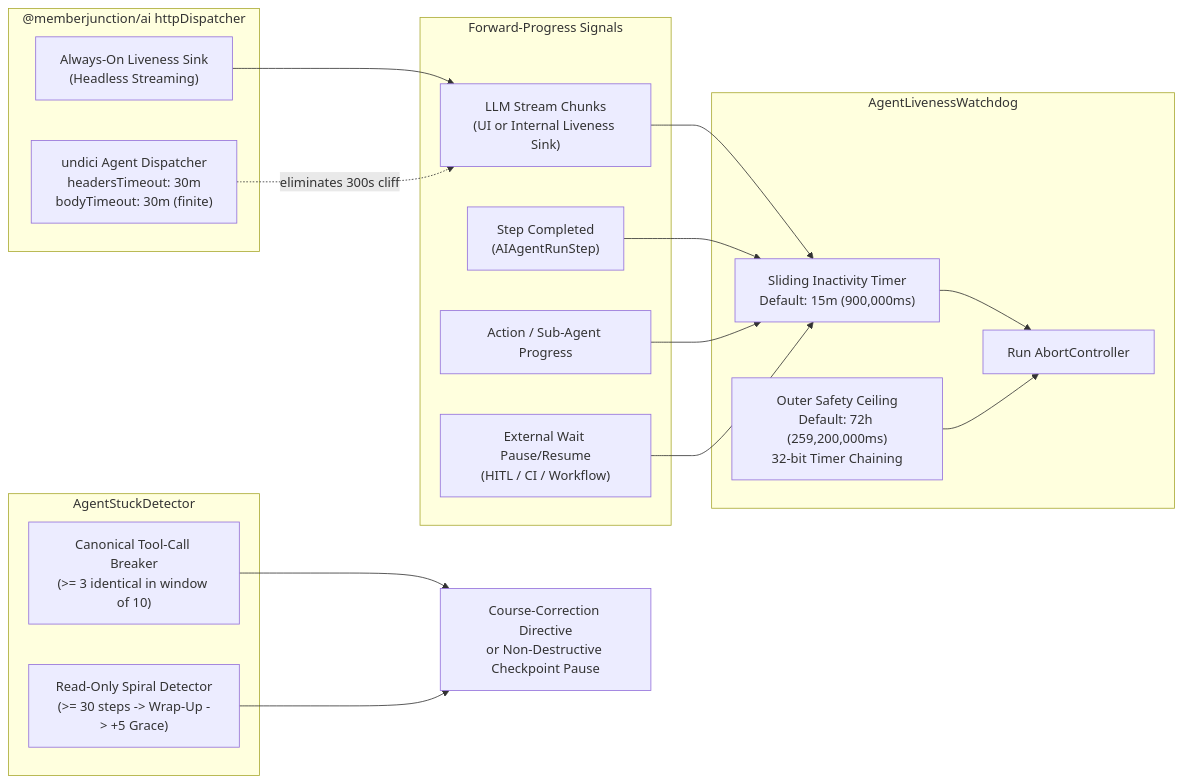
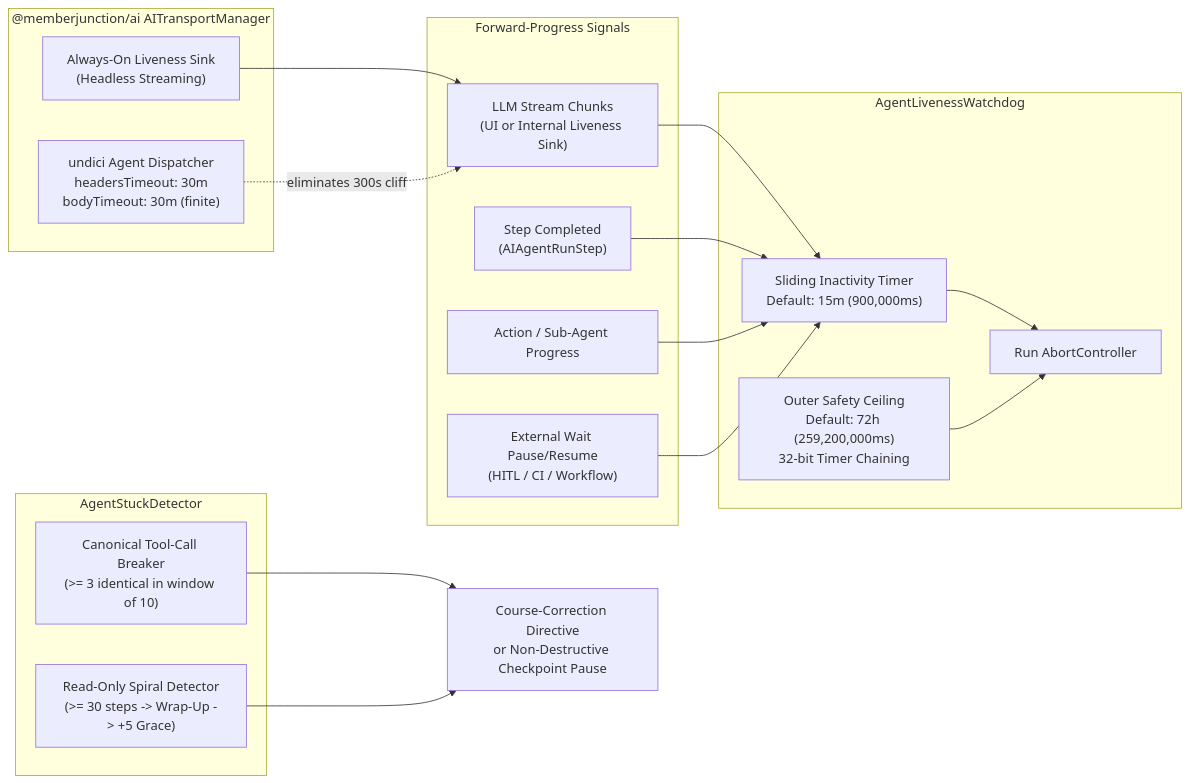
The third of 3 diagrams in guides/AGENT_ADMINISTRATOR_GUIDE.md (MemberJunction/MJ), drawn with Mermaid before and after one commit. The commit also changed other lines of this file and 47 other files, not shown here.

Commit message:
refactor(ai): introduce OO AITransportManager singleton, enrich BaseModel/BaseLLM, and deduplicate LLM providers

````diff
--- a/guides/AGENT_ADMINISTRATOR_GUIDE.md
+++ b/guides/AGENT_ADMINISTRATOR_GUIDE.md
@@ -294,31 +294,31 @@
 ```mermaid
 flowchart LR
     subgraph Signals["Forward-Progress Signals"]
         S1["LLM Stream Chunks\n(UI or Internal Liveness Sink)"]
         S2["Step Completed\n(AIAgentRunStep)"]
         S3["Action / Sub-Agent Progress"]
         S4["External Wait Pause/Resume\n(HITL / CI / Workflow)"]
     end
 
     subgraph Watchdog["AgentLivenessWatchdog"]
         W1["Sliding Inactivity Timer\nDefault: 15m (900,000ms)"]
         W2["Outer Safety Ceiling\nDefault: 72h (259,200,000ms)\n32-bit Timer Chaining"]
         W3["Run AbortController"]
     end
 
-    subgraph HTTP["@memberjunction/ai httpDispatcher"]
+    subgraph HTTP["@memberjunction/ai AITransportManager"]
         H1["Always-On Liveness Sink\n(Headless Streaming)"]
         H2["undici Agent Dispatcher\nheadersTimeout: 30m\nbodyTimeout: 30m (finite)"]
     end
 
     subgraph Stuck["AgentStuckDetector"]
         D1["Canonical Tool-Call Breaker\n(>= 3 identical in window of 10)"]
         D2["Read-Only Spiral Detector\n(>= 30 steps -> Wrap-Up -> +5 Grace)"]
     end
 
     S1 & S2 & S3 & S4 --> W1
     W1 & W2 --> W3
     H1 --> S1
     H2 -. "eliminates 300s cliff" .-> S1
     D1 & D2 --> PAUSE["Course-Correction Directive\nor Non-Destructive Checkpoint Pause"]
 ```
````
